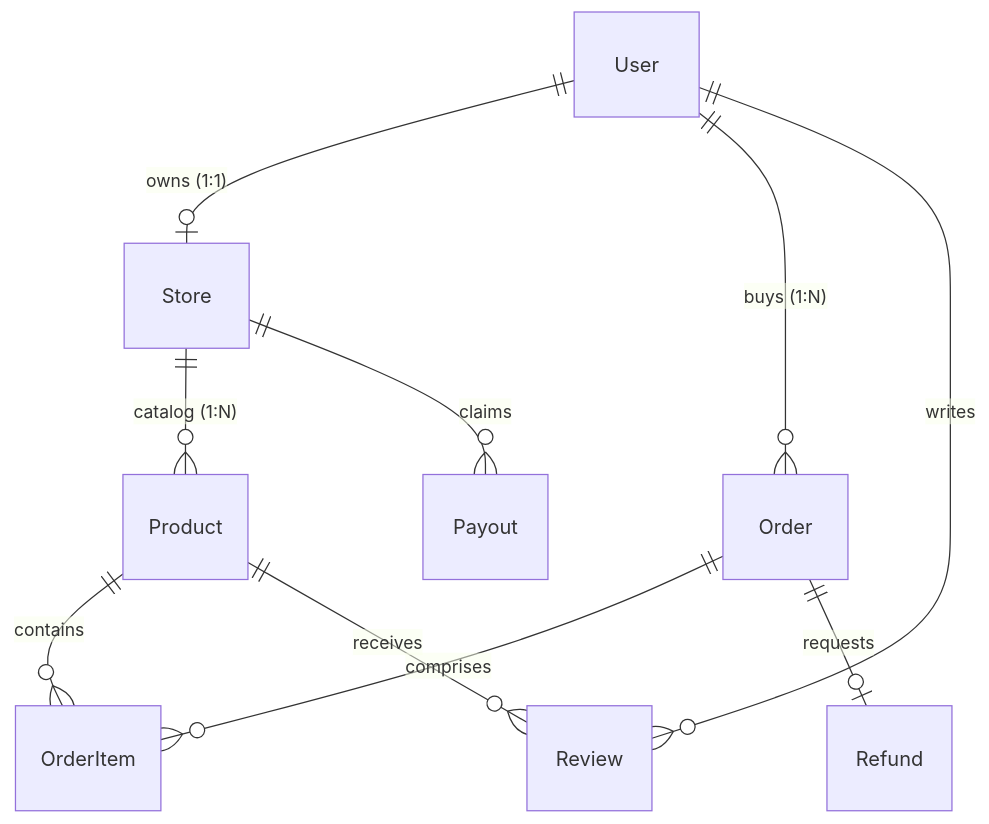
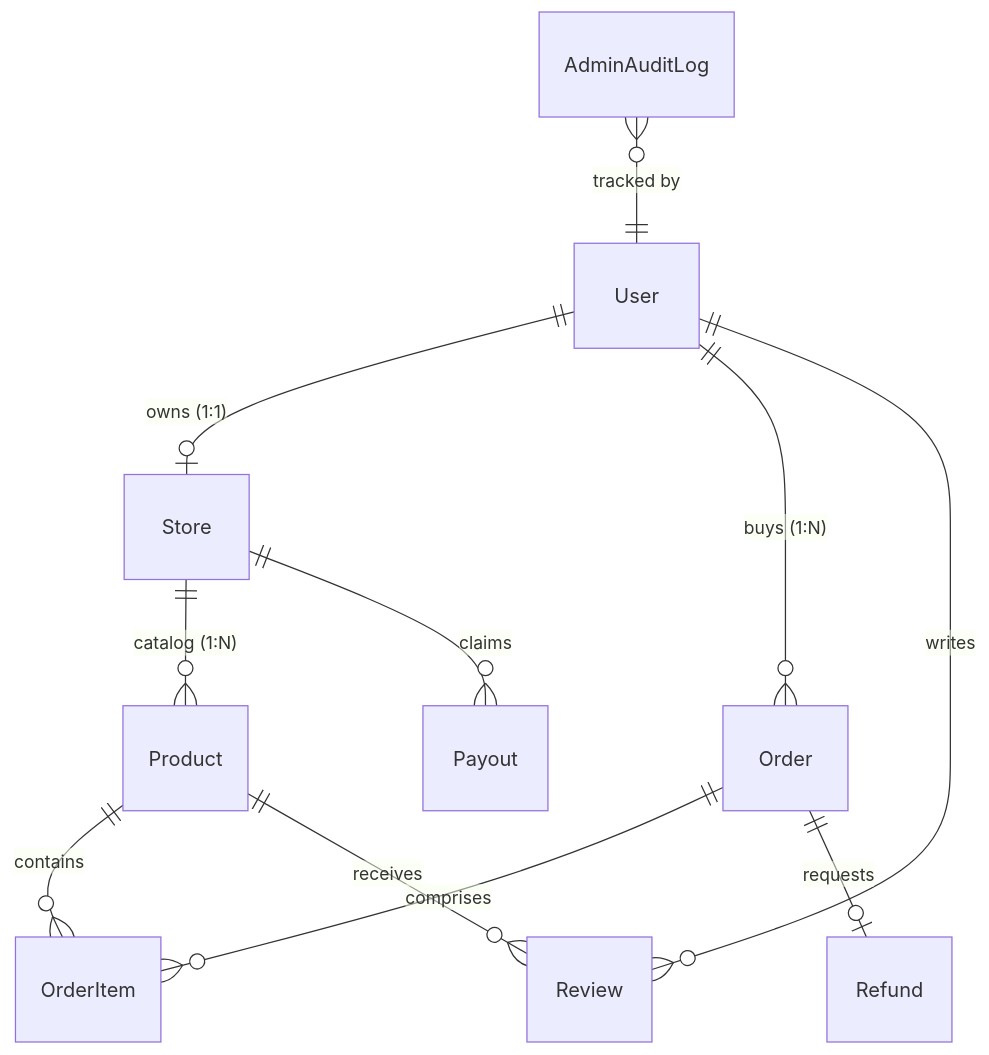
Before and after one commit to Tony-chauhan/vendorhub-devfusion: the diagram in README.md, drawn with Mermaid. The commit also changed other lines of this file and 63 other files, not shown here.

````diff
--- a/README.md
+++ b/README.md
@@ -67,12 +104,13 @@
 ```mermaid
 erDiagram
     User ||--o| Store : "owns (1:1)"
     User ||--o{ Order : "buys (1:N)"
     User ||--o{ Review : "writes"
     Store ||--o{ Product : "catalog (1:N)"
     Store ||--o{ Payout : "claims"
     Product ||--o{ OrderItem : "contains"
     Product ||--o{ Review : "receives"
     Order ||--o{ OrderItem : "comprises"
     Order ||--o| Refund : "requests"
+    AdminAuditLog }o--|| User : "tracked by"
 ```
````
